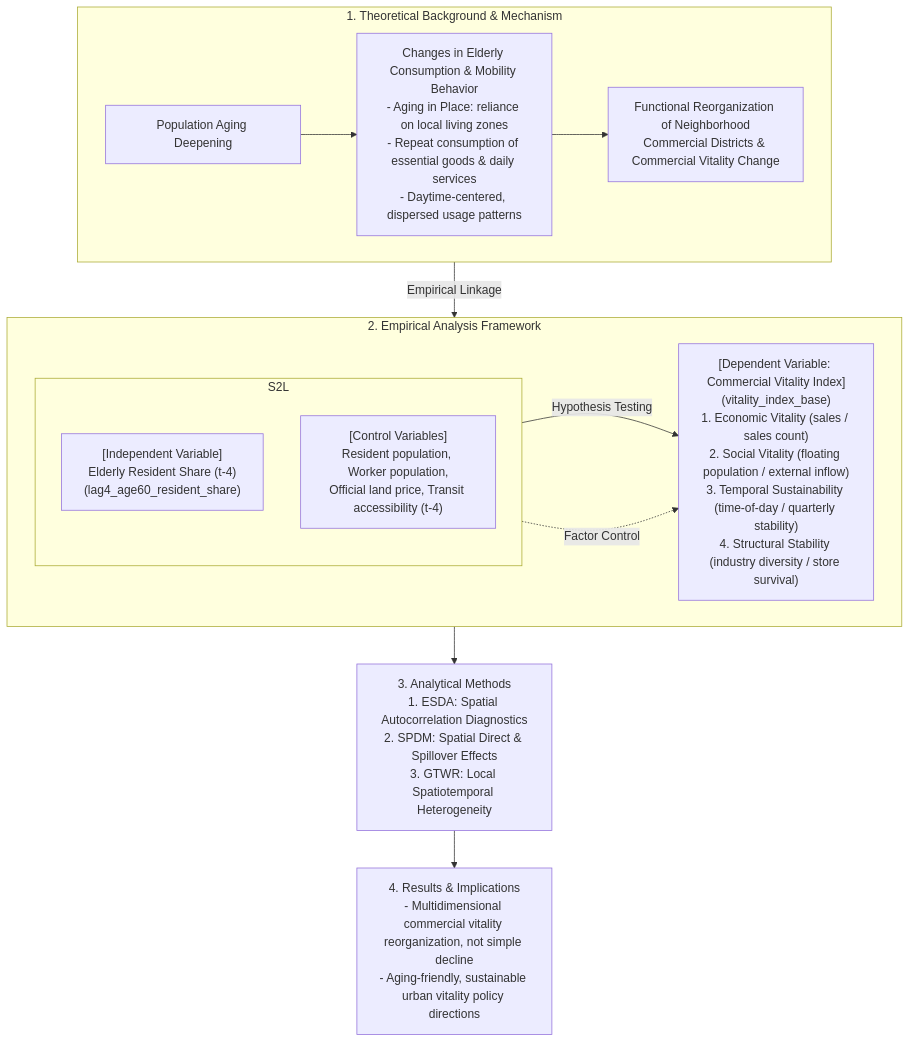
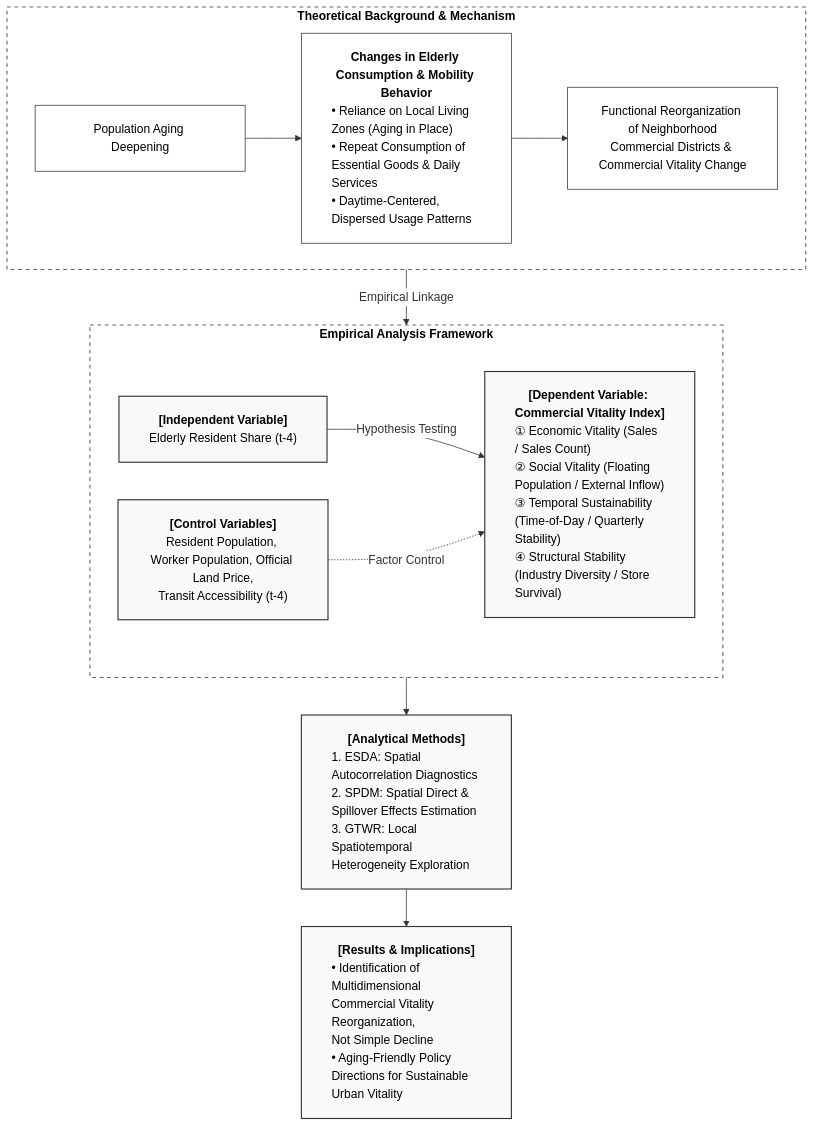
One commit to slowpacer9504/aging-commercial-vitality-seoul changed the diagram in README.md. Above: the diagram before and after it, drawn with Mermaid.

Commit message:
docs: replace research framework diagram with translated original mermaid source
- Use the original mermaid source that generated figure_1_1_research_framework_clean, translated to English
- Preserve exact structure: subgraphs, dashed borders, HTML labels, and class/style settings

````diff
--- a/README.md
+++ b/README.md
@@ -9,30 +9,40 @@
 ```mermaid
-flowchart TD
-    subgraph S1["1. Theoretical Background & Mechanism"]
+%%{init: {'theme': 'base', 'flowchart': {'padding': 20}, 'themeVariables': { 'primaryColor': '#ffffff', 'primaryBorderColor': '#333333', 'lineColor': '#333333', 'textColor': '#000000', 'clusterBkg': 'none', 'clusterBorder': '#aaaaaa'}}}%%
+graph TD
+    %% [1] Theoretical Background & Mechanism
+    subgraph Theoretical ["<b>Theoretical Background & Mechanism</b>"]
         direction LR
-        A["Population Aging Deepening"]
-        B["Changes in Elderly Consumption & Mobility Behavior<br/>- Aging in Place: reliance on local living zones<br/>- Repeat consumption of essential goods & daily services<br/>- Daytime-centered, dispersed usage patterns"]
-        C["Functional Reorganization of Neighborhood<br/>Commercial Districts & Commercial Vitality Change"]
-        A --> B --> C
+        A["<div style='text-align:center;'>Population Aging Deepening</div>"] --> B["<div style='text-align:center;'><b>Changes in Elderly Consumption & Mobility Behavior</b><div style='text-align:left;'>• Reliance on Local Living Zones (Aging in Place)<br/>• Repeat Consumption of Essential Goods & Daily Services<br/>• Daytime-Centered, Dispersed Usage Patterns</div></div>"]
+        B --> C["<div style='text-align:center;'>Functional Reorganization of Neighborhood<br/>Commercial Districts & Commercial Vitality Change</div>"]
     end
 
-    subgraph S2["2. Empirical Analysis Framework"]
-        direction LR
-        subgraph S2L
-            direction TB
-            D["[Independent Variable]<br/>Elderly Resident Share (t-4)<br/>(lag4_age60_resident_share)"]
-            E["[Control Variables]<br/>Resident population, Worker population,<br/>Official land price, Transit accessibility (t-4)"]
-        end
-        G["[Dependent Variable: Commercial Vitality Index]<br/>(vitality_index_base)<br/>1. Economic Vitality (sales / sales count)<br/>2. Social Vitality (floating population / external inflow)<br/>3. Temporal Sustainability (time-of-day / quarterly stability)<br/>4. Structural Stability (industry diversity / store survival)"]
-        D -->|"Hypothesis Testing"| G
-        E -.->|"Factor Control"| G
+    %% [2] Empirical Analysis Framework
+    subgraph Empirical ["<b>Empirical Analysis Framework</b>"]
+        X["<div style='text-align:center;'><b>[Independent Variable]</b><br/>Elderly Resident Share (t-4)</div>"] 
+        Z["<div style='text-align:center;'><b>[Control Variables]</b><br/>Resident Population, Worker Population, Official Land Price,<br/>Transit Accessibility (t-4)</div>"]
+        
+        X -->|Hypothesis Testing| Y
+        Z -.->|Factor Control| Y
+        
+        Y["<div style='text-align:center;'><b>[Dependent Variable: Commercial Vitality Index]</b><div style='text-align:left;'>① Economic Vitality (Sales / Sales Count)<br/>② Social Vitality (Floating Population / External Inflow)<br/>③ Temporal Sustainability (Time-of-Day / Quarterly Stability)<br/>④ Structural Stability (Industry Diversity / Store Survival)</div></div>"]
     end
 
-    M["3. Analytical Methods<br/>1. ESDA: Spatial Autocorrelation Diagnostics<br/>2. SPDM: Spatial Direct & Spillover Effects<br/>3. GTWR: Local Spatiotemporal Heterogeneity"]
+    %% Link
+    Theoretical -->|Empirical Linkage| Empirical
 
-    R["4. Results & Implications<br/>- Multidimensional commercial vitality reorganization, not simple decline<br/>- Aging-friendly, sustainable urban vitality policy directions"]
+    %% [3] Analytical Methods
+    Empirical --> M["<div style='text-align:center;'><b>[Analytical Methods]</b><div style='text-align:left;'>1. ESDA: Spatial Autocorrelation Diagnostics<br/>2. SPDM: Spatial Direct & Spillover Effects Estimation<br/>3. GTWR: Local Spatiotemporal Heterogeneity Exploration</div></div>"]
 
-    S1 -->|"Empirical Linkage"| S2
-    S2 --> M
-    M --> R
+    %% [4] Results & Implications
+    M --> N["<div style='text-align:center;'><b>[Results & Implications]</b><div style='text-align:left;'>• Identification of Multidimensional Commercial Vitality Reorganization,<br/>Not Simple Decline<br/>• Aging-Friendly Policy Directions for Sustainable Urban Vitality</div></div>"]
+
+    %% Style settings
+    classDef default fill:#ffffff,stroke:#333333,stroke-width:1px,color:#000000;
+    classDef var fill:#f9f9f9,stroke:#333333,stroke-width:1.5px,color:#000000;
+    
+    class A,B,C default;
+    class X,Y,Z,M,N var;
+    
+    style Theoretical fill:none,stroke:#666666,stroke-width:1.5px,stroke-dasharray: 5 5
+    style Empirical fill:none,stroke:#666666,stroke-width:1.5px,stroke-dasharray: 5 5
 ```
````
